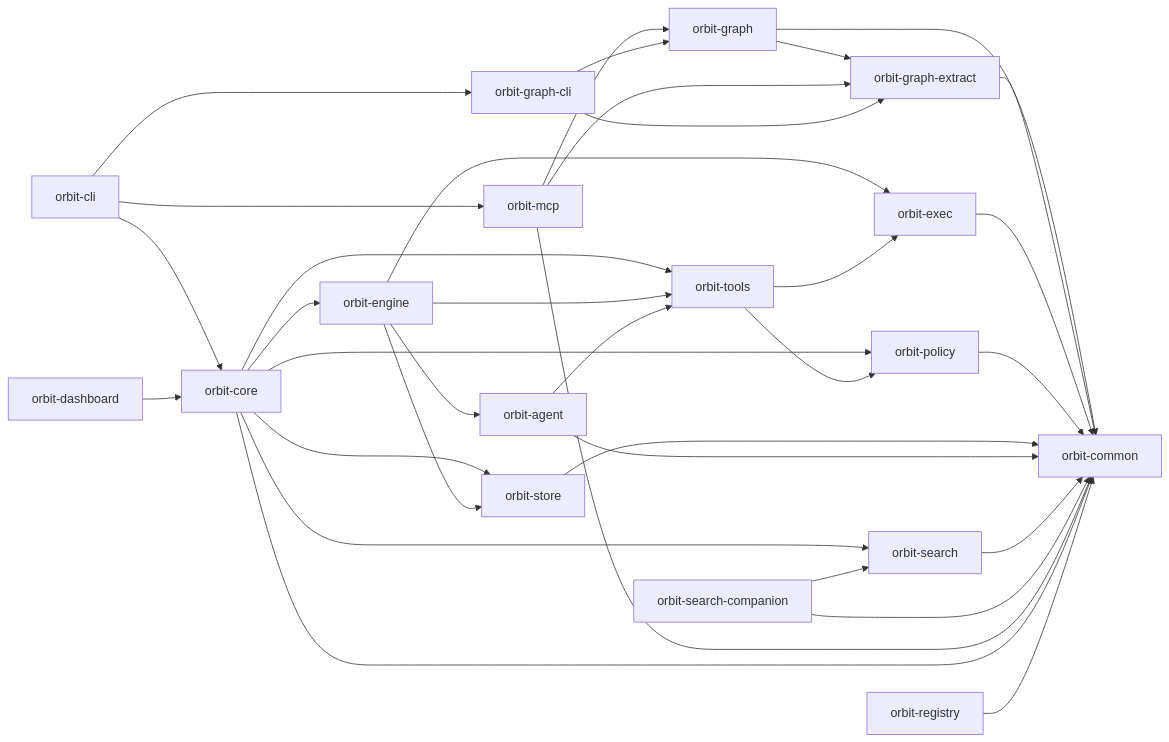
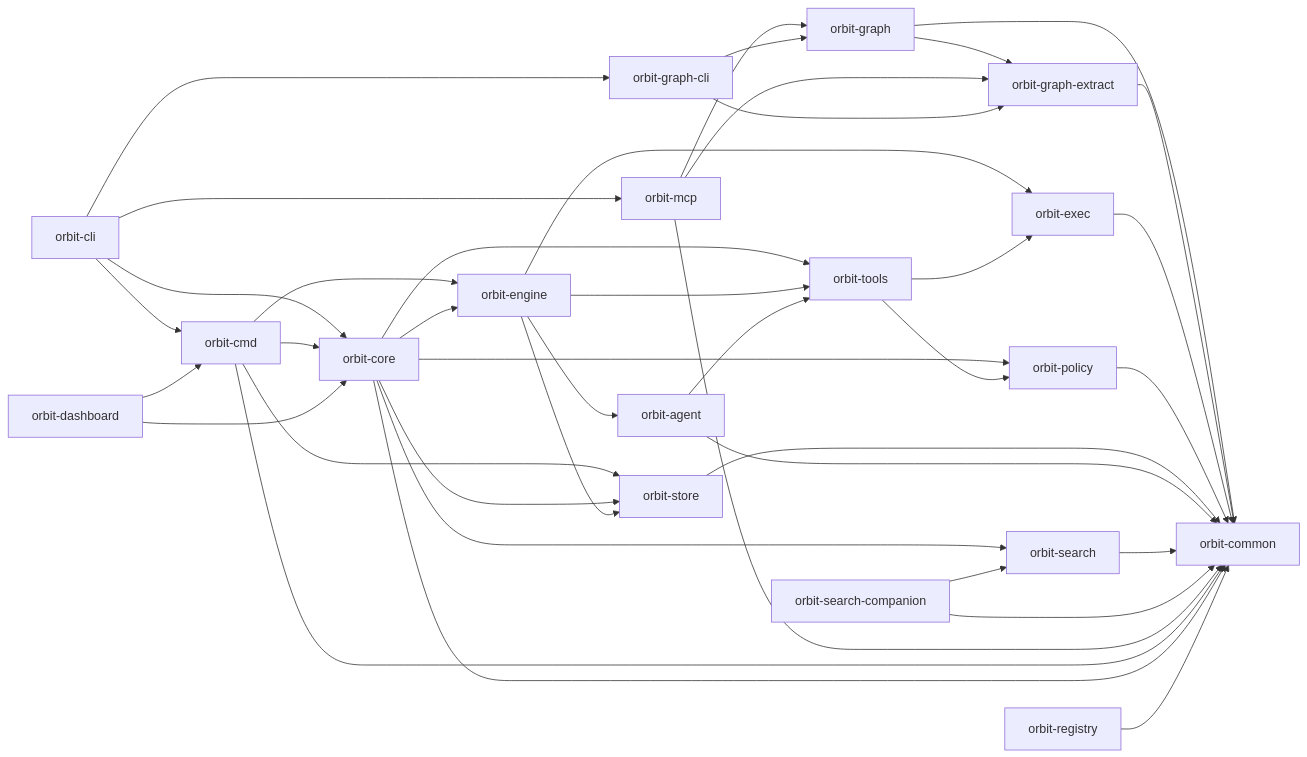
The diagram in ARCHITECTURE.md (danieljhkim/orbit), drawn with Mermaid before and after one commit. The commit also changed other lines of this file and 64 other files, not shown here.

First line of the commit message:
[ORB-10016] Extract orbit-cmd command layer from orbit-core

````diff
--- a/ARCHITECTURE.md
+++ b/ARCHITECTURE.md
@@ -5,36 +5,42 @@
 ```mermaid
 flowchart LR
   CLI["orbit-cli"] --> Core["orbit-core"]
+  CLI --> Cmd["orbit-cmd"]
   CLI --> MCP["orbit-mcp"]
   CLI --> GraphCli["orbit-graph-cli"]
+  Cmd --> Core
+  Cmd --> Engine
+  Cmd --> Store
   Core --> Engine["orbit-engine"]
   Core --> Store["orbit-store"]
   Core --> Tools["orbit-tools"]
   Core --> Search["orbit-search"]
   Core --> Policy["orbit-policy"]
   Engine --> Agent["orbit-agent"]
   Engine --> Store
   Engine --> Exec["orbit-exec"]
   Engine --> Tools
   Agent --> Tools
   Graph["orbit-graph"] --> GraphExtract["orbit-graph-extract"]
   Graph --> Common
   GraphExtract --> Common
   MCP --> Graph
   MCP --> GraphExtract
   Tools --> Exec["orbit-exec"]
   Tools --> Policy
   Exec --> Common["orbit-common"]
   Policy --> Common
   Store --> Common
   Agent --> Common
   Search --> Common
   SearchCompanion["orbit-search-companion"] --> Search
   SearchCompanion --> Common
   GraphCli["orbit-graph-cli"] --> Graph
   GraphCli --> GraphExtract
   MCP --> Common
   Dashboard["orbit-dashboard"] --> Core
+  Dashboard --> Cmd
+  Cmd --> Common
   Core --> Common
   Registry["orbit-registry"] --> Common
 ```
````
